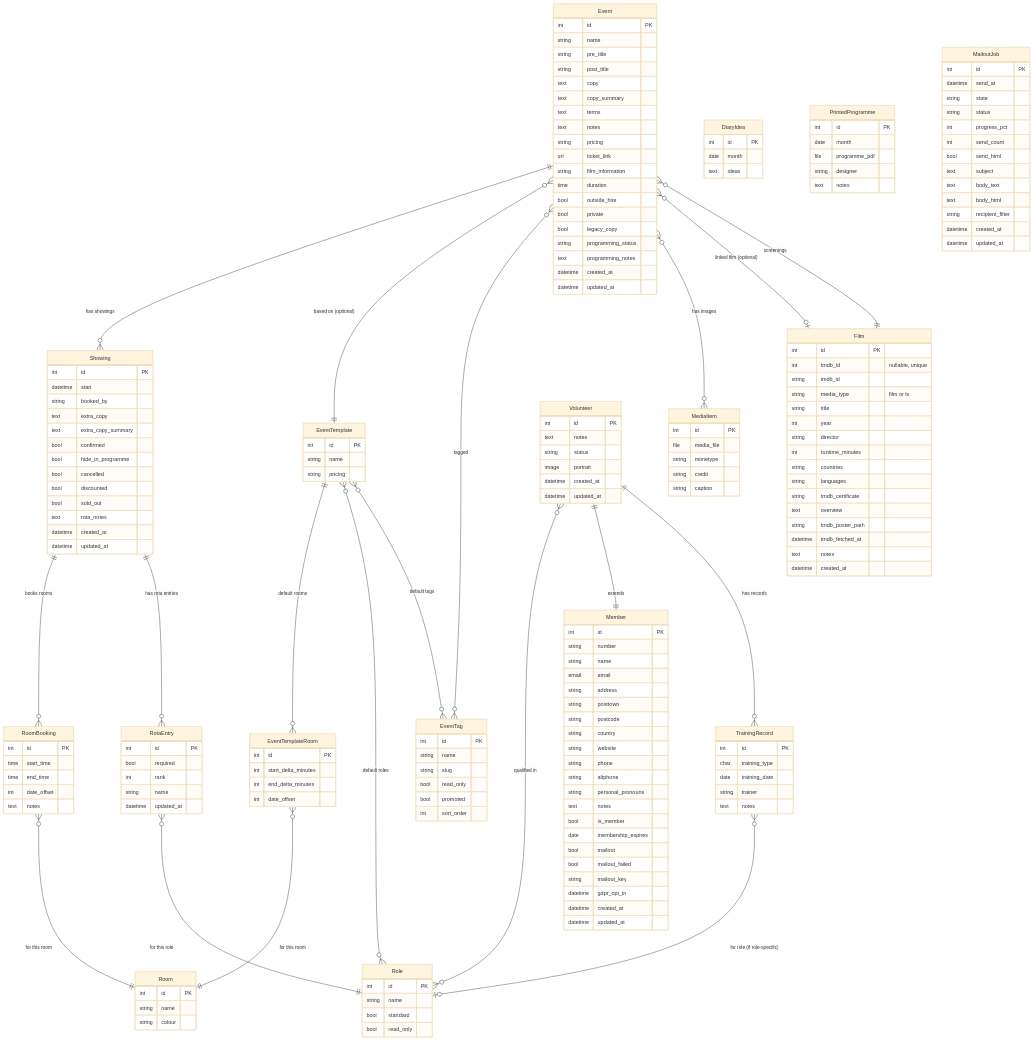
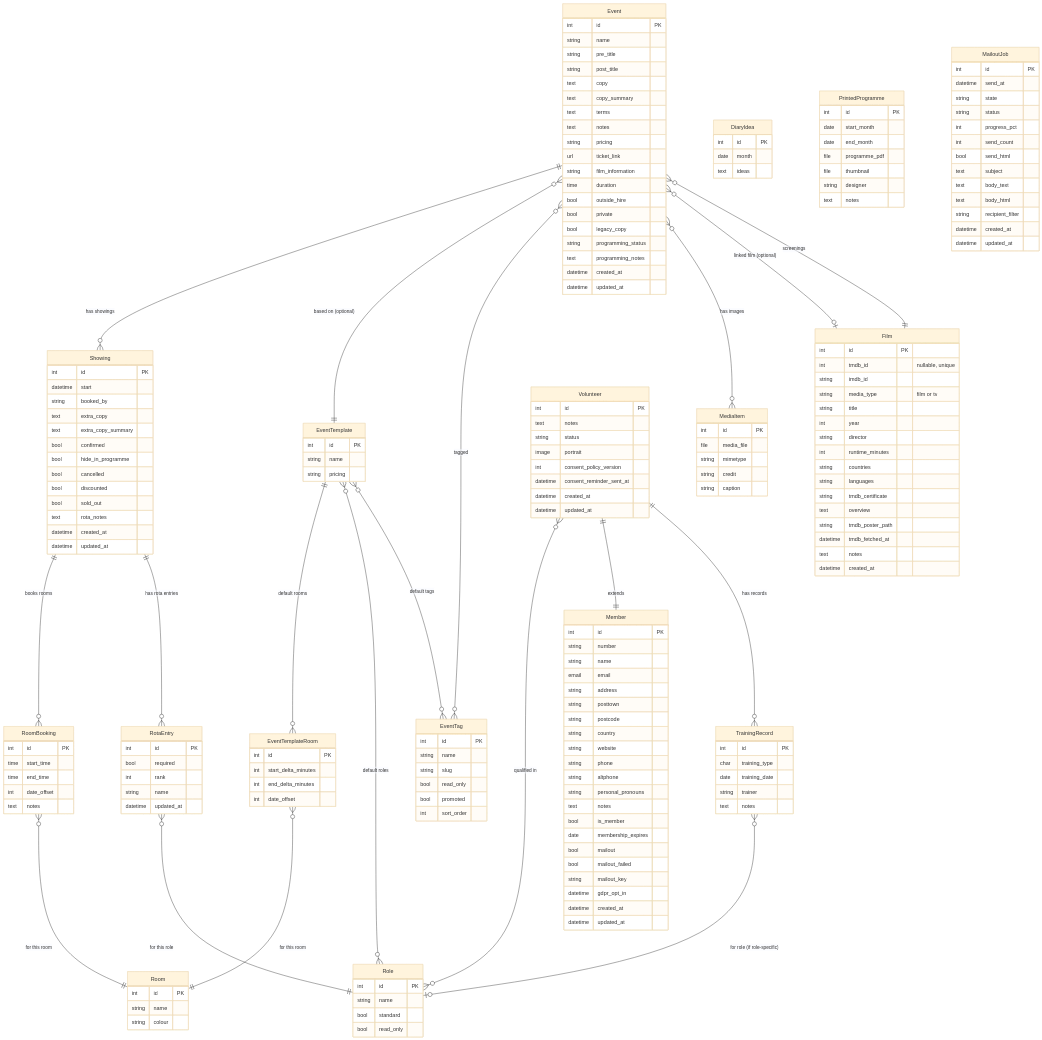
The sixth of 7 diagrams in docs/SPEC.md (jdkram/cubetoolkit), drawn with Mermaid (base theme) before and after one commit. The commit also changed other lines of this file and 5 other files, not shown here.

```diff
--- a/docs/SPEC.md
+++ b/docs/SPEC.md
@@ -828,8 +830,10 @@
     }
     PrintedProgramme {
         int id PK
-        date month
+        date start_month
+        date end_month
         file programme_pdf
+        file thumbnail
         string designer
         text notes
     }
@@ -861,6 +865,8 @@
         text notes
         string status
         image portrait
+        int consent_policy_version
+        datetime consent_reminder_sent_at
         datetime created_at
         datetime updated_at
     }
```
